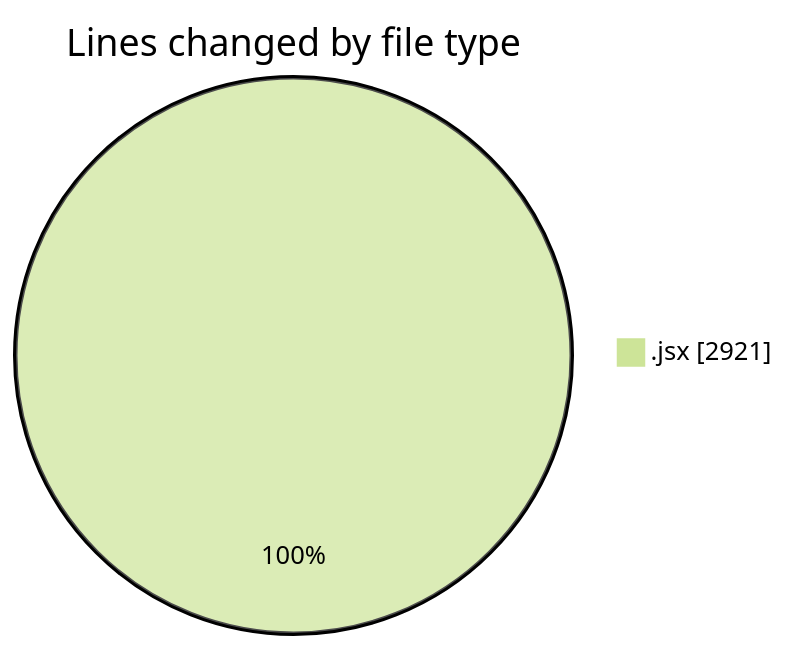
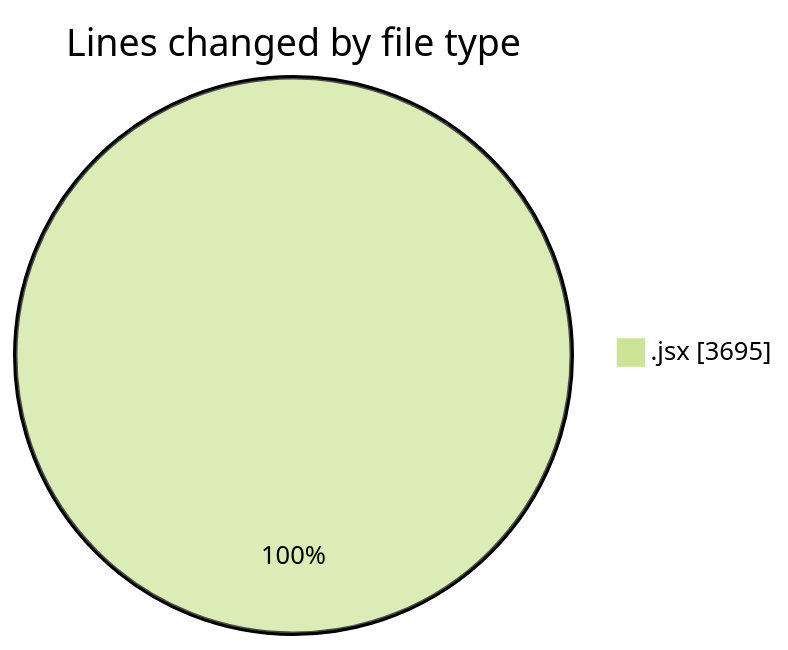
One commit to nxtqubesakshisongat/code-tracking changed the first of 2 diagrams in 2025-09-25/nxtqube_webapp/README.md. Above: the diagram before and after it, drawn with Mermaid (forest theme). The commit also changed other lines of this file and 1 other file, not shown here.

````diff
--- a/2025-09-25/nxtqube_webapp/README.md
+++ b/2025-09-25/nxtqube_webapp/README.md
@@ -20,5 +21,5 @@
 ```mermaid
 pie showData
 title Lines changed by file type
-".jsx" : 2921
+".jsx" : 3695
 ```
````
